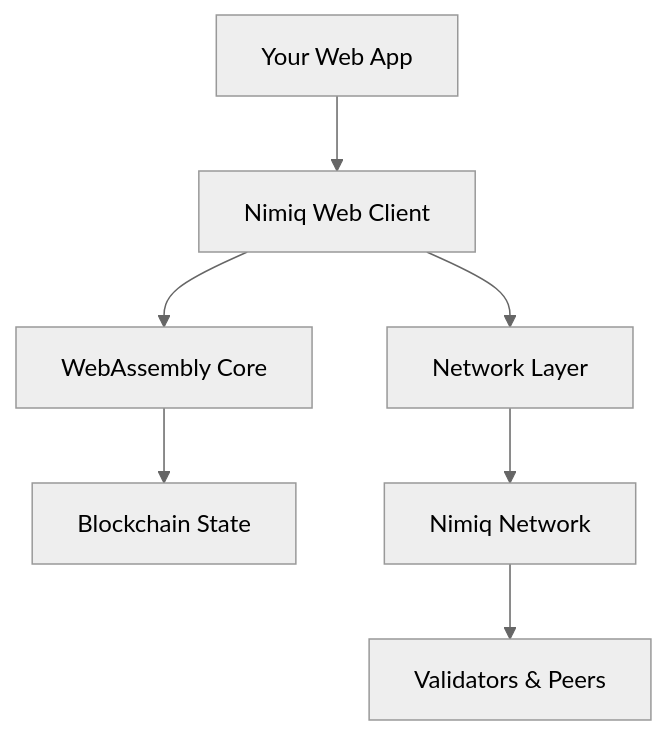
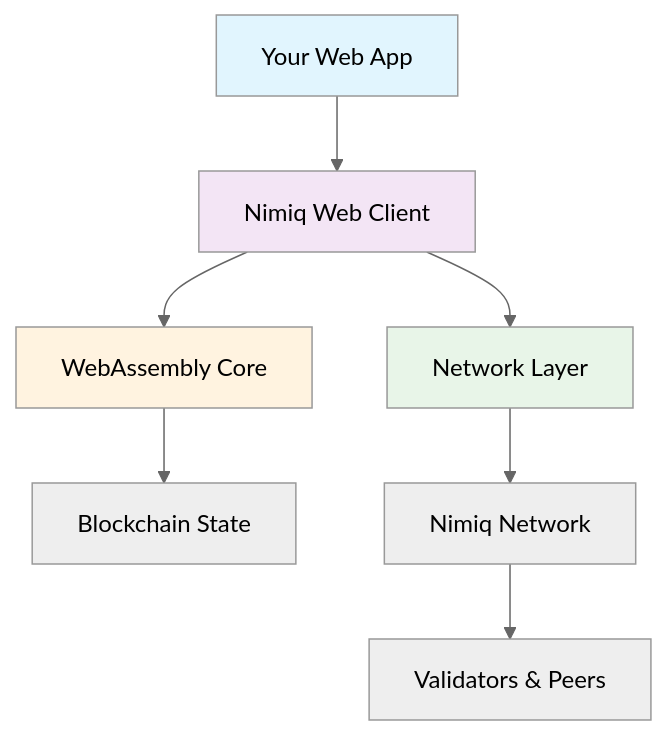
Before and after one commit to nimiq/developer-center: the diagram in web-client/index.md, drawn with Mermaid (neutral theme). The commit also changed other lines of this file and 11 other files, not shown here.

````diff
--- a/web-client/index.md
+++ b/web-client/index.md
@@ -63,9 +187,14 @@
 ```mermaid
 graph TD
     A[Your Web App] --> B[Nimiq Web Client]
     B --> C[WebAssembly Core]
     B --> D[Network Layer]
     C --> E[Blockchain State]
     D --> F[Nimiq Network]
     F --> G[Validators & Peers]
+
+    style A fill:#e1f5fe
+    style B fill:#f3e5f5
+    style C fill:#fff3e0
+    style D fill:#e8f5e8
 ```
````
